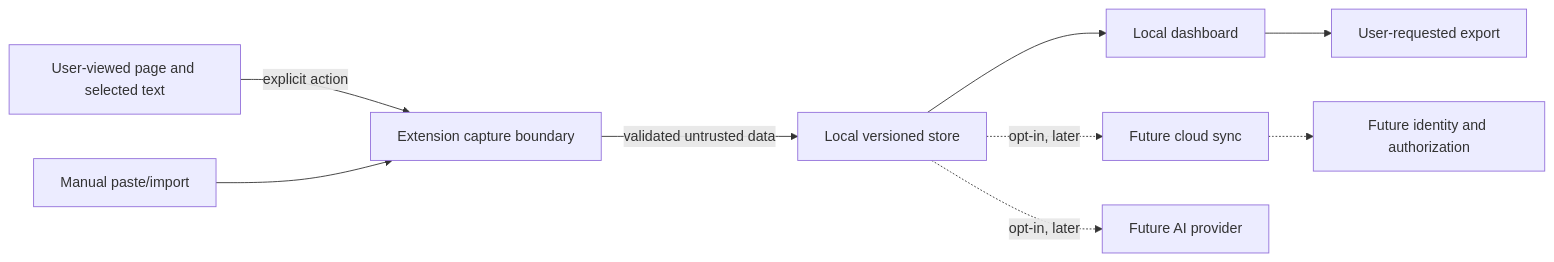
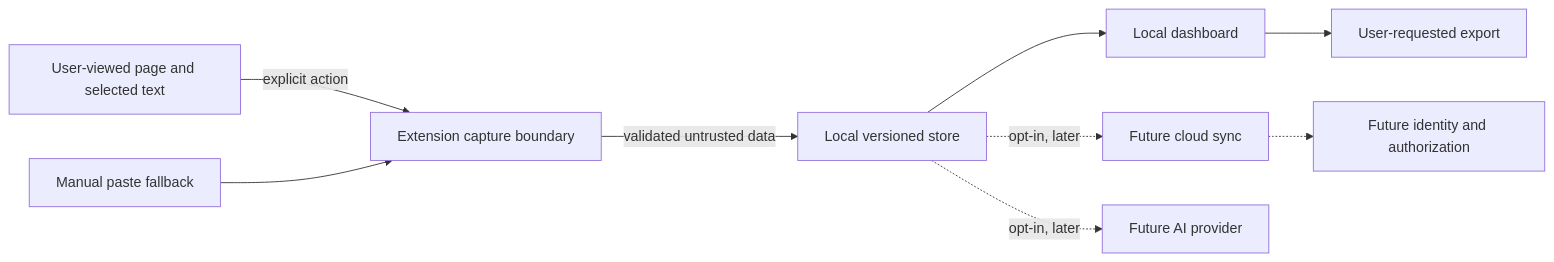
The diagram in docs/security/security-privacy-baseline.md (phooriwat3/jobskill-radar), drawn with Mermaid before and after one commit. The commit also changed other lines of this file and 25 other files, not shown here.

```diff
--- a/docs/security/security-privacy-baseline.md
+++ b/docs/security/security-privacy-baseline.md
@@ -50,11 +52,11 @@
 ~~~mermaid
 flowchart LR
   Page[User-viewed page and selected text] -->|explicit action| Capture[Extension capture boundary]
-  Paste[Manual paste/import] --> Capture
+  Paste[Manual paste fallback] --> Capture
   Capture -->|validated untrusted data| Local[Local versioned store]
   Local --> Dashboard[Local dashboard]
   Dashboard --> Export[User-requested export]
   Local -. opt-in, later .-> Sync[Future cloud sync]
   Local -. opt-in, later .-> AI[Future AI provider]
   Sync -.-> Auth[Future identity and authorization]
 ~~~
```
